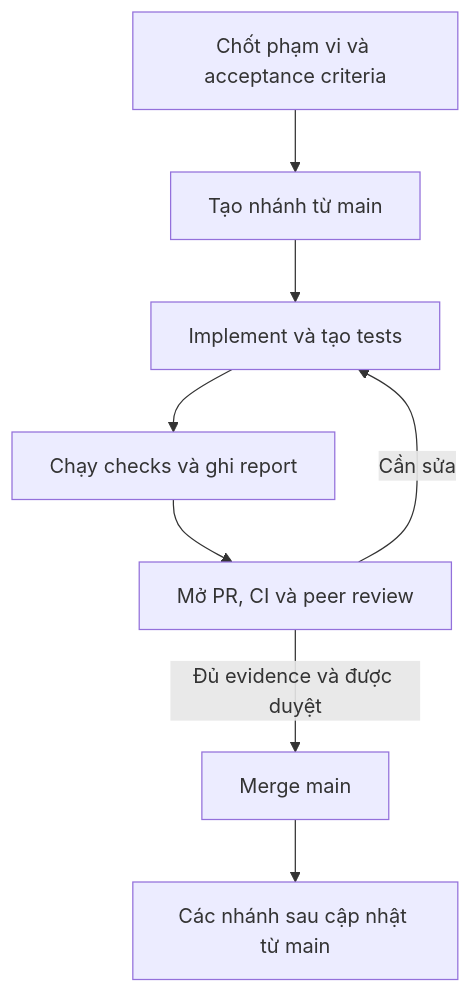
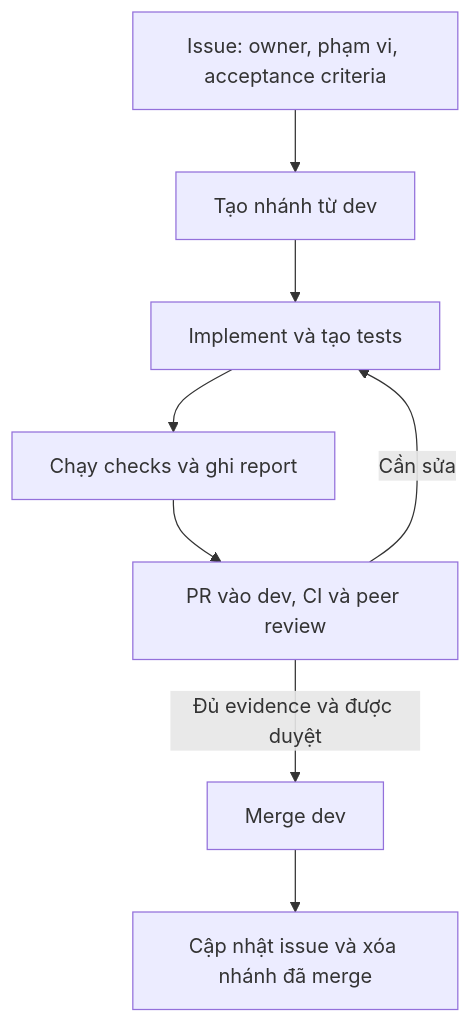
The diagram in docs/WORKFLOW.md (HungLD9505/adaptive-retention-ev), drawn with Mermaid before and after one commit. The commit also changed other lines of this file and 6 other files, not shown here.

Commit message:
chore: define minimal issue and dev review workflow

````diff
--- a/docs/WORKFLOW.md
+++ b/docs/WORKFLOW.md
@@ -7,10 +10,10 @@
 ```mermaid
 flowchart TB
-    A["Chốt phạm vi và acceptance criteria"] --> B["Tạo nhánh từ main"]
+    A["Issue: owner, phạm vi, acceptance criteria"] --> B["Tạo nhánh từ dev"]
     B --> C["Implement và tạo tests"]
     C --> D["Chạy checks và ghi report"]
-    D --> E["Mở PR, CI và peer review"]
+    D --> E["PR vào dev, CI và peer review"]
     E -- "Cần sửa" --> C
-    E -- "Đủ evidence và được duyệt" --> F["Merge main"]
-    F --> G["Các nhánh sau cập nhật từ main"]
+    E -- "Đủ evidence và được duyệt" --> F["Merge dev"]
+    F --> G["Cập nhật issue và xóa nhánh đã merge"]
 ```
````
